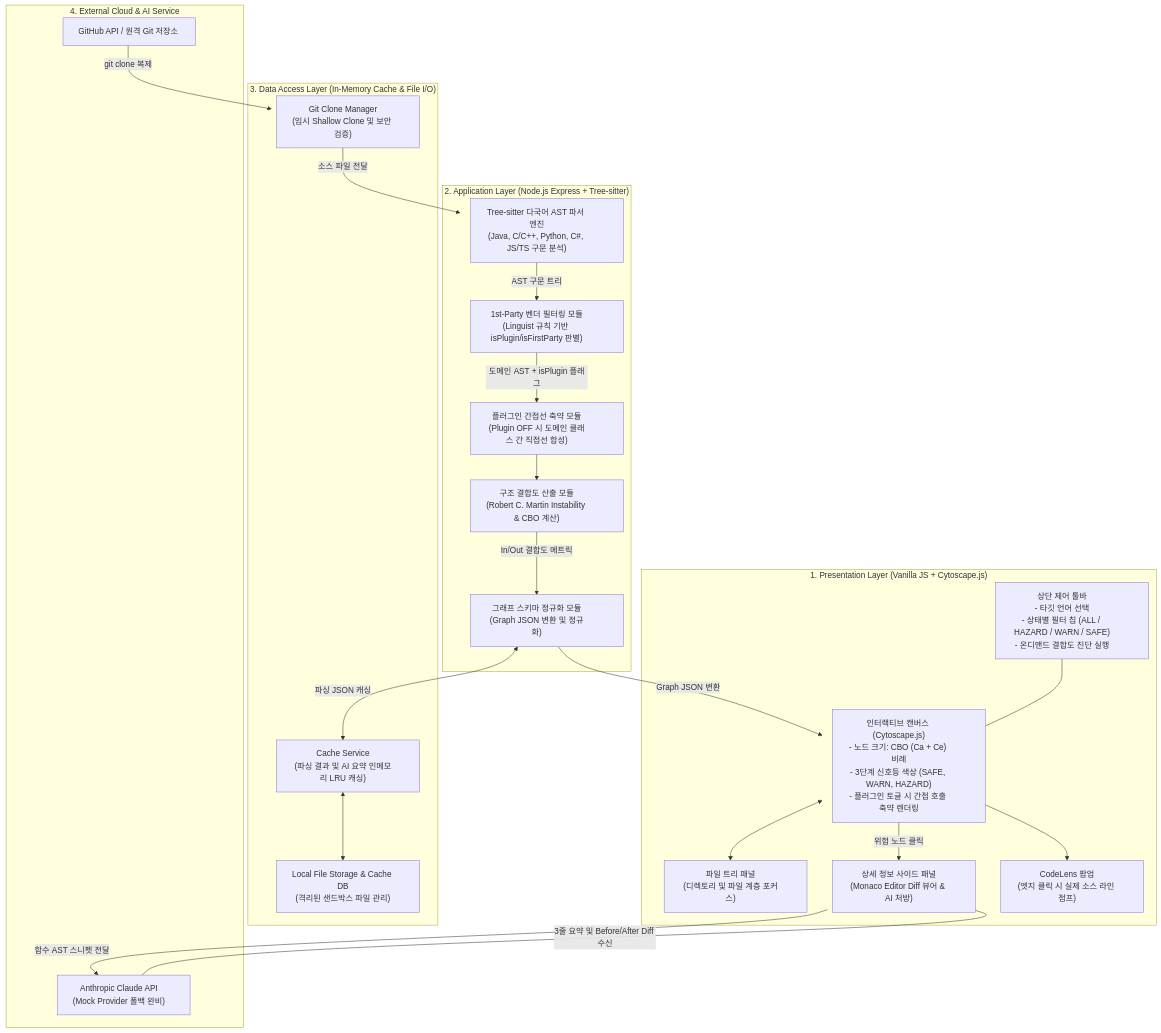
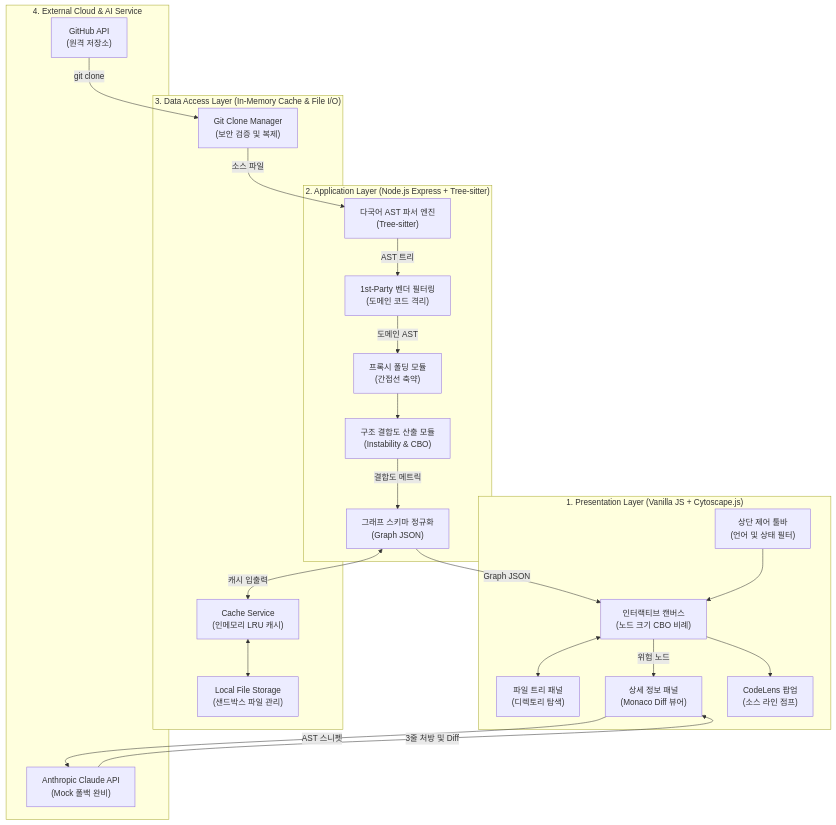
One commit to Jiin5906/CodeDiagram changed the diagram in docs/architecture.md. Above: the diagram before and after it, drawn with Mermaid. The commit also changed 3 other files, not shown here.

````diff
--- a/docs/architecture.md
+++ b/docs/architecture.md
@@ -11,63 +11,47 @@
 ```mermaid
 flowchart TD
     subgraph PresentationLayer ["1. Presentation Layer (Vanilla JS + Cytoscape.js)"]
-        UI_Tree["파일 트리 패널<br/>(디렉토리 및 파일 계층 포커스)"]
-        UI_Control["상단 제어 툴바<br/>- 타깃 언어 선택<br/>- 상태별 필터 칩 (ALL / HAZARD / WARN / SAFE)<br/>- 온디맨드 결합도 진단 실행"]
-        UI_Canvas["인터랙티브 캔버스 (Cytoscape.js)<br/>- 노드 크기: CBO (Ca + Ce) 비례<br/>- 3단계 신호등 색상 (SAFE, WARN, HAZARD)<br/>- 플러그인 토글 시 간접 호출 축약 렌더링"]
-        UI_Panel["상세 정보 사이드 패널<br/>(Monaco Editor Diff 뷰어 & AI 처방)"]
-        UI_CodeLens["CodeLens 팝업<br/>(엣지 클릭 시 실제 소스 라인 점프)"]
+        UI_Tree["파일 트리 패널<br/>(디렉토리 탐색)"]
+        UI_Control["상단 제어 툴바<br/>(언어 및 상태 필터)"]
+        UI_Canvas["인터랙티브 캔버스<br/>(노드 크기 CBO 비례)"]
+        UI_Panel["상세 정보 패널<br/>(Monaco Diff 뷰어)"]
+        UI_CodeLens["CodeLens 팝업<br/>(소스 라인 점프)"]
     end
 
     subgraph ApplicationLayer ["2. Application Layer (Node.js Express + Tree-sitter)"]
-        App_Parser["Tree-sitter 다국어 AST 파서 엔진<br/>(Java, C/C++, Python, C#, JS/TS 구문 분석)"]
-        App_Filter["1st-Party 벤더 필터링 모듈<br/>(Linguist 규칙 기반 isPlugin/isFirstParty 판별)"]
-        App_Toggle["플러그인 간접선 축약 모듈<br/>(Plugin OFF 시 도메인 클래스 간 직접선 합성)"]
-        App_Metrics["구조 결합도 산출 모듈<br/>(Robert C. Martin Instability & CBO 계산)"]
-        App_Schema["그래프 스키마 정규화 모듈<br/>(Graph JSON 변환 및 정규화)"]
+        App_Parser["다국어 AST 파서 엔진<br/>(Tree-sitter)"]
+        App_Filter["1st-Party 벤더 필터링<br/>(도메인 코드 격리)"]
+        App_Toggle["프록시 폴딩 모듈<br/>(간접선 축약)"]
+        App_Metrics["구조 결합도 산출 모듈<br/>(Instability & CBO)"]
+        App_Schema["그래프 스키마 정규화<br/>(Graph JSON)"]
     end
 
     subgraph DataAccessLayer ["3. Data Access Layer (In-Memory Cache & File I/O)"]
-        DA_Git["Git Clone Manager<br/>(임시 Shallow Clone 및 보안 검증)"]
-        DA_Cache["Cache Service<br/>(파싱 결과 및 AI 요약 인메모리 LRU 캐싱)"]
-        DA_Storage["Local File Storage & Cache DB<br/>(격리된 샌드박스 파일 관리)"]
+        DA_Git["Git Clone Manager<br/>(보안 검증 및 복제)"]
+        DA_Cache["Cache Service<br/>(인메모리 LRU 캐시)"]
+        DA_Storage["Local File Storage<br/>(샌드박스 파일 관리)"]
     end
 
     subgraph ExternalCloud ["4. External Cloud & AI Service"]
-        Ext_GitHub["GitHub API / 원격 Git 저장소"]
-        Ext_Claude["Anthropic Claude API<br/>(Mock Provider 폴백 완비)"]
+        Ext_GitHub["GitHub API<br/>(원격 저장소)"]
+        Ext_Claude["Anthropic Claude API<br/>(Mock 폴백 완비)"]
     end
 
     %% 데이터 흐름
-    Ext_GitHub -->|git clone 복제| DA_Git
-    DA_Git -->|소스 파일 전달| App_Parser
-    App_Parser -->|AST 구문 트리| App_Filter
-    App_Filter -->|도메인 AST + isPlugin 플래그| App_Toggle
+    Ext_GitHub -->|git clone| DA_Git
+    DA_Git -->|소스 파일| App_Parser
+    App_Parser -->|AST 트리| App_Filter
+    App_Filter -->|도메인 AST| App_Toggle
     App_Toggle --> App_Metrics
-    App_Metrics -->|In/Out 결합도 메트릭| App_Schema
-    App_Schema -->|Graph JSON 변환| UI_Canvas
-    App_Schema <-->|파싱 JSON 캐싱| DA_Cache
+    App_Metrics -->|결합도 메트릭| App_Schema
+    App_Schema -->|Graph JSON| UI_Canvas
+    App_Schema <-->|캐시 입출력| DA_Cache
     DA_Cache <--> DA_Storage
 
     UI_Control --> UI_Canvas
     UI_Canvas <--> UI_Tree
     UI_Canvas --> UI_CodeLens
-    UI_Canvas -->|위험 노드 클릭| UI_Panel
-    UI_Panel -->|함수 AST 스니펫 전달| Ext_Claude
-    Ext_Claude -->|3줄 요약 및 Before/After Diff 수신| UI_Panel
-
-    style UI_Tree width:280px
-    style UI_Control width:300px
-    style UI_Canvas width:300px
-    style UI_Panel width:280px
-    style UI_CodeLens width:280px
-    style App_Parser width:300px
-    style App_Filter width:300px
-    style App_Toggle width:300px
-    style App_Metrics width:300px
-    style App_Schema width:300px
-    style DA_Git width:280px
-    style DA_Cache width:280px
-    style DA_Storage width:280px
-    style Ext_GitHub width:260px
-    style Ext_Claude width:260px
+    UI_Canvas -->|위험 노드| UI_Panel
+    UI_Panel -->|AST 스니펫| Ext_Claude
+    Ext_Claude -->|3줄 처방 및 Diff| UI_Panel
 ```
````
